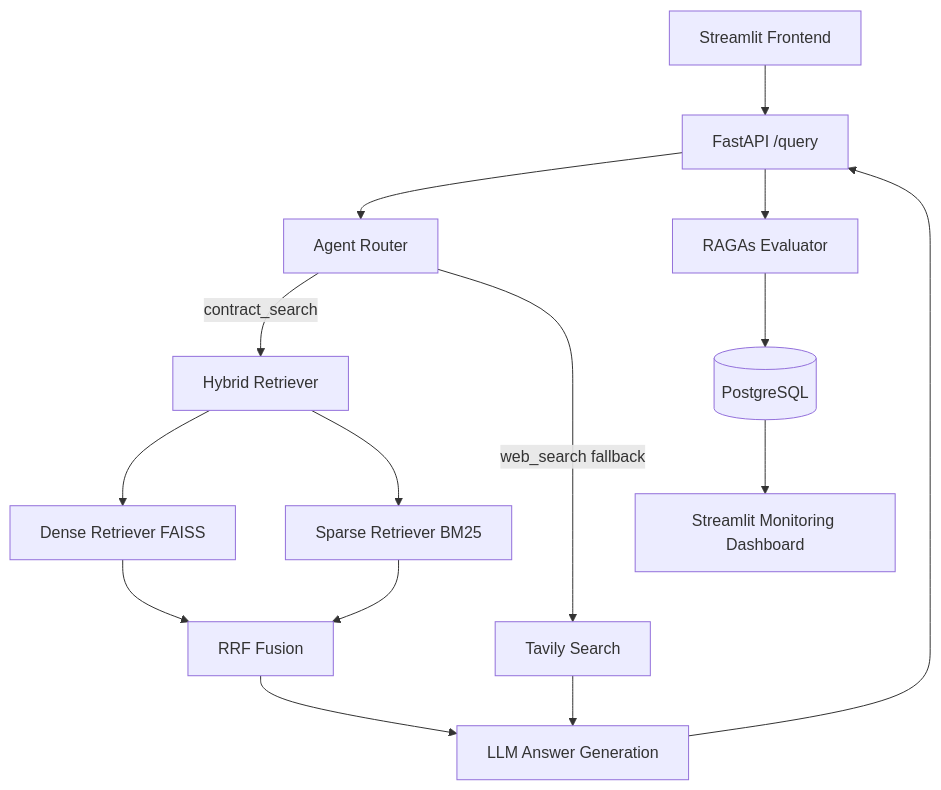
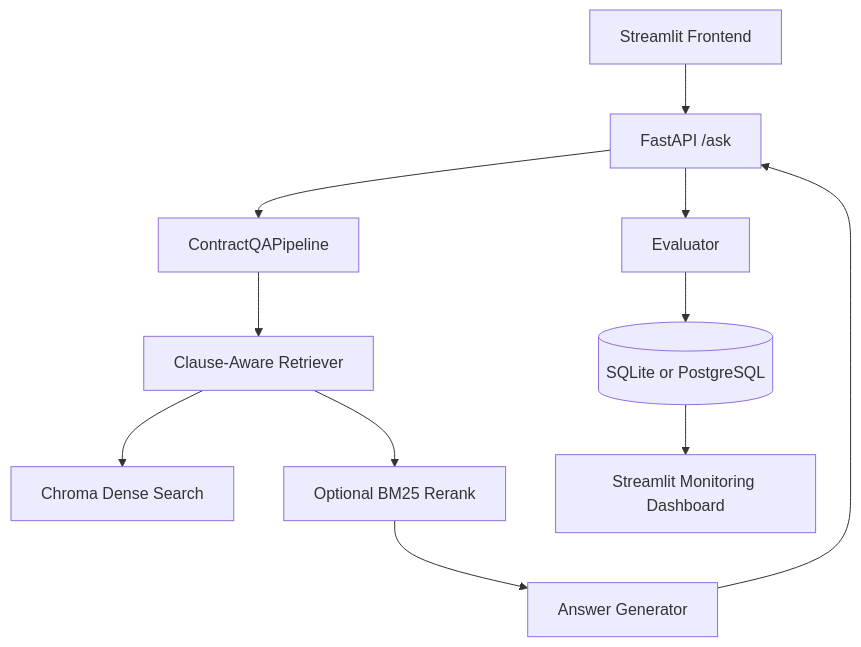
Before and after one commit to SamOp-04/KnowYourContract: the diagram in README.md, drawn with Mermaid. The commit also changed other lines of this file and 45 other files, not shown here.

````diff
--- a/README.md
+++ b/README.md
@@ -47,17 +47,13 @@
 ```mermaid
 flowchart TD
-		A[Streamlit Frontend] --> B[FastAPI /query]
-		B --> C[Agent Router]
-		C -->|contract_search| D[Hybrid Retriever]
-		C -->|web_search fallback| E[Tavily Search]
-		D --> D1[Dense Retriever FAISS]
-		D --> D2[Sparse Retriever BM25]
-		D1 --> D3[RRF Fusion]
-		D2 --> D3
-		D3 --> F[LLM Answer Generation]
-		E --> F
-		F --> B
-		B --> G[RAGAs Evaluator]
-		G --> H[(PostgreSQL)]
-		H --> I[Streamlit Monitoring Dashboard]
+		A[Streamlit Frontend] --> B[FastAPI /ask]
+		B --> C[ContractQAPipeline]
+		C --> D[Clause-Aware Retriever]
+		D --> D1[Chroma Dense Search]
+		D --> D2[Optional BM25 Rerank]
+		D2 --> E[Answer Generator]
+		E --> B
+		B --> F[Evaluator]
+		F --> G[(SQLite or PostgreSQL)]
+		G --> H[Streamlit Monitoring Dashboard]
 ```
````
